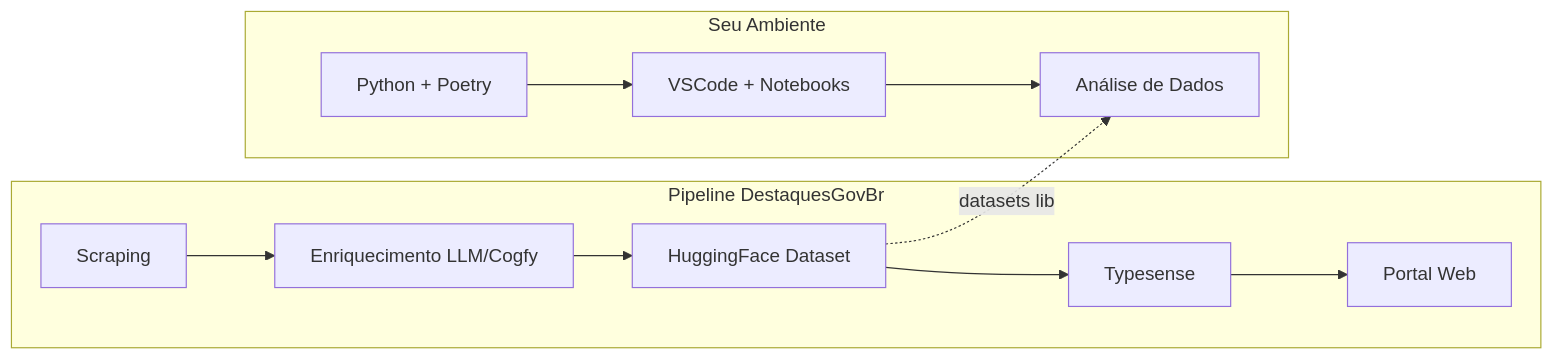
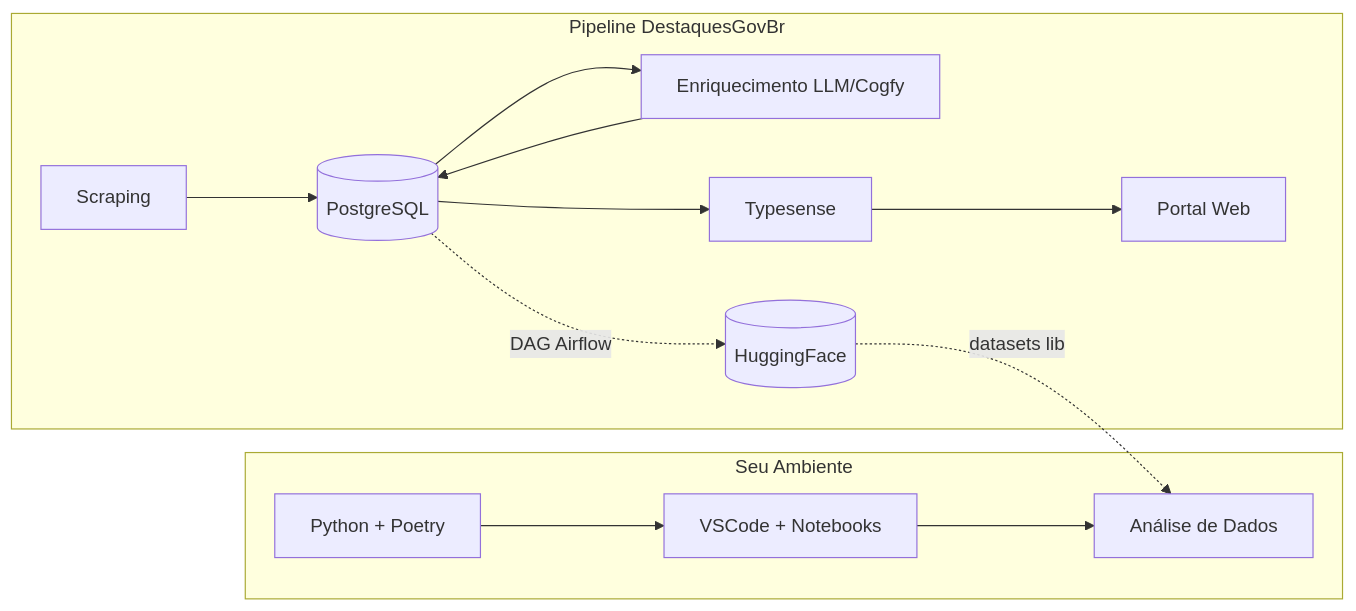
The first of 3 diagrams in docs/onboarding/setup-datascience.md (destaquesgovbr/docs), drawn with Mermaid before and after one commit. The commit also changed other lines of this file and 2 other files, not shown here.

Commit message:
docs: atualiza trilhas de onboarding para nova arquitetura
- Atualiza setup-backend.md para usar data-platform e PostgreSQL
- Atualiza roteiro-onboarding.md com novos repositórios
- Atualiza setup-datascience.md com diagrama PostgreSQL
- Remove referências aos repos arquivados (scraper, typesense)

````diff
--- a/docs/onboarding/setup-datascience.md
+++ b/docs/onboarding/setup-datascience.md
@@ -11,15 +11,17 @@
 ```mermaid
 flowchart LR
     subgraph "Pipeline DestaquesGovBr"
-        A[Scraping] --> B[Enriquecimento LLM/Cogfy]
-        B --> C[HuggingFace Dataset]
-        C --> D[Typesense]
+        A[Scraping] --> B[(PostgreSQL)]
+        B --> C[Enriquecimento LLM/Cogfy]
+        C --> B
+        B --> D[Typesense]
         D --> E[Portal Web]
+        B -.->|DAG Airflow| F[(HuggingFace)]
     end
 
     subgraph "Seu Ambiente"
-        F[Python + Poetry] --> G[VSCode + Notebooks]
-        G --> H[Análise de Dados]
-        C -.->|datasets lib| H
+        G[Python + Poetry] --> H[VSCode + Notebooks]
+        H --> I[Análise de Dados]
+        F -.->|datasets lib| I
     end
 ```
````
